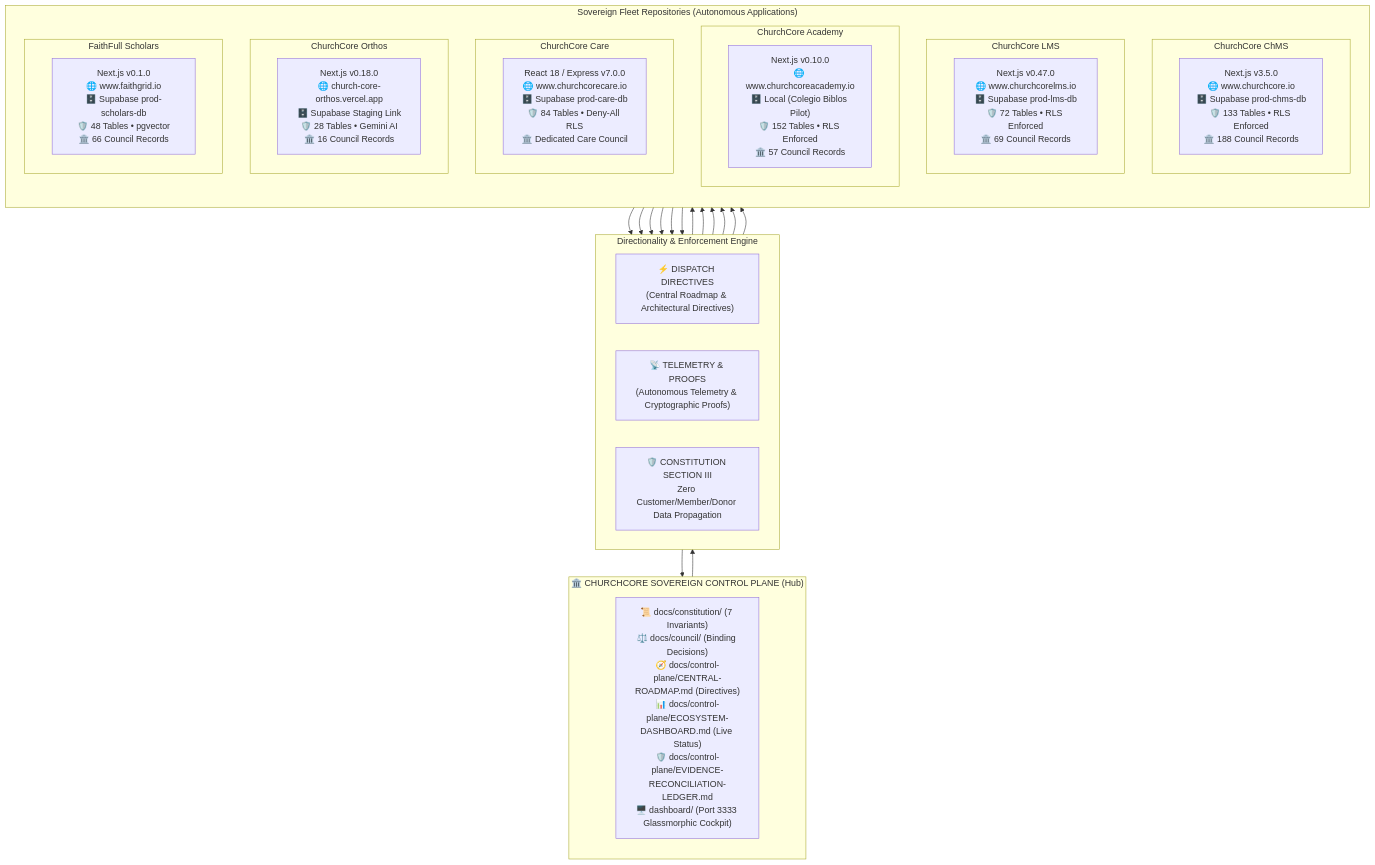
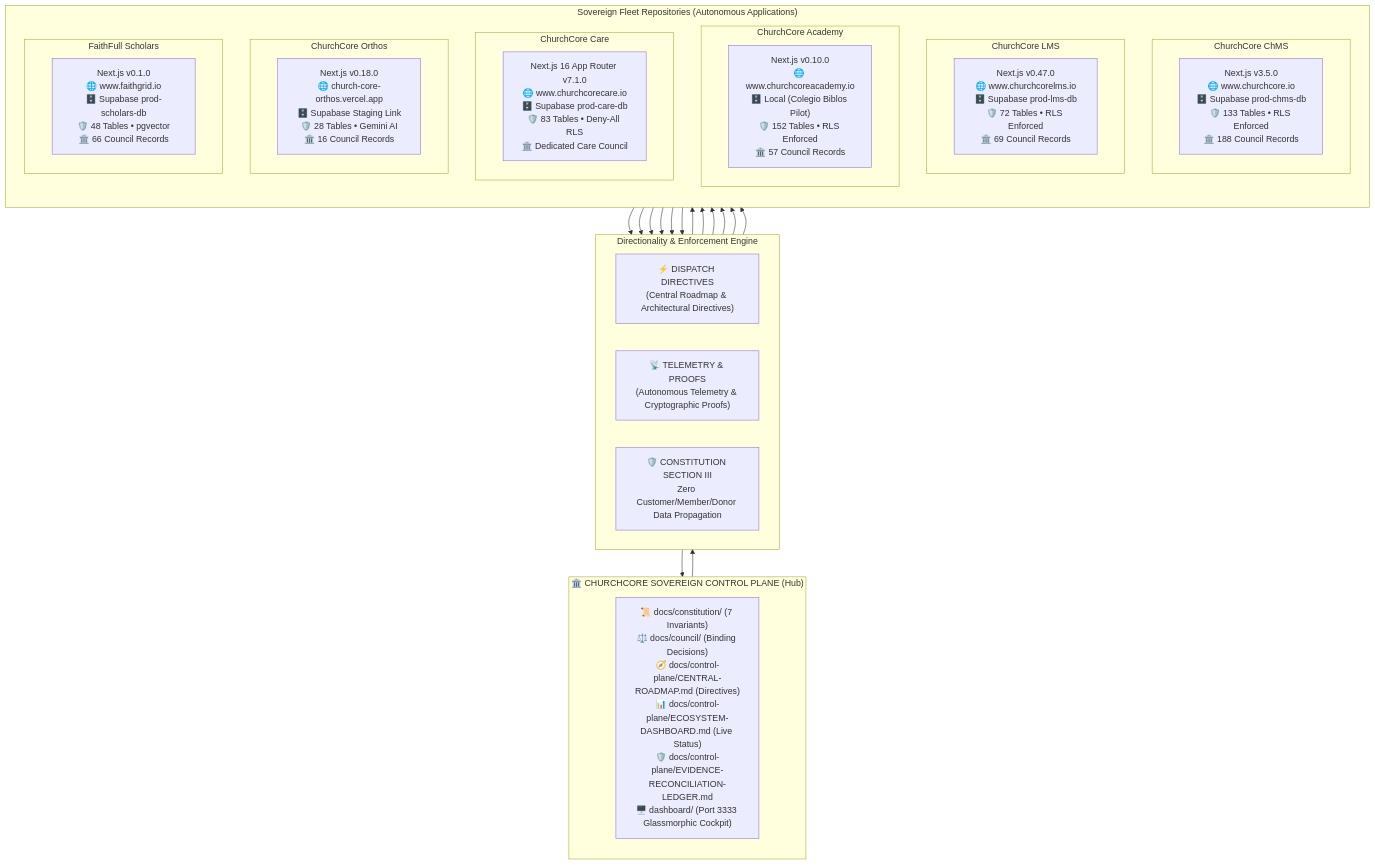
One commit to ricardojjulia/ChurchCore-Business changed the first of 2 diagrams in README.md. Above: the diagram before and after it, drawn with Mermaid. The commit also changed 47 other files, not shown here.

Commit message:
fix(control-plane): synchronize ChurchCore Care Next.js 16 App Router architecture and stack mesh (#18)

````diff
--- a/README.md
+++ b/README.md
@@ -56,42 +56,42 @@
 ```mermaid
 flowchart TD
     subgraph ControlPlane ["🏛️ CHURCHCORE SOVEREIGN CONTROL PLANE (Hub)"]
         direction TB
         CP_CORE["📜 docs/constitution/ (7 Invariants)<br>⚖️ docs/council/ (Binding Decisions)<br>🧭 docs/control-plane/CENTRAL-ROADMAP.md (Directives)<br>📊 docs/control-plane/ECOSYSTEM-DASHBOARD.md (Live Status)<br>🛡️ docs/control-plane/EVIDENCE-RECONCILIATION-LEDGER.md<br>🖥️ dashboard/ (Port 3333 Glassmorphic Cockpit)"]
     end
 
     subgraph DirectionalityMesh ["Directionality & Enforcement Engine"]
         direction LR
         DISPATCH["⚡ DISPATCH DIRECTIVES<br>(Central Roadmap & Architectural Directives)"]
         REPORT["📡 TELEMETRY & PROOFS<br>(Autonomous Telemetry & Cryptographic Proofs)"]
         INVARIANT["🛡️ CONSTITUTION SECTION III<br>Zero Customer/Member/Donor Data Propagation"]
     end
 
     ControlPlane --> DISPATCH
     REPORT --> ControlPlane
 
     subgraph SovereignFleet ["Sovereign Fleet Repositories (Autonomous Applications)"]
         direction TB
         subgraph P1 ["ChurchCore ChMS"]
             C1["Next.js v3.5.0<br>🌐 www.churchcore.io<br>🗄️ Supabase prod-chms-db<br>🛡️ 133 Tables • RLS Enforced<br>🏛️ 188 Council Records"]
         end
         subgraph P2 ["ChurchCore LMS"]
             C2["Next.js v0.47.0<br>🌐 www.churchcorelms.io<br>🗄️ Supabase prod-lms-db<br>🛡️ 72 Tables • RLS Enforced<br>🏛️ 69 Council Records"]
         end
         subgraph P3 ["ChurchCore Academy"]
             C3["Next.js v0.10.0<br>🌐 www.churchcoreacademy.io<br>🗄️ Local (Colegio Biblos Pilot)<br>🛡️ 152 Tables • RLS Enforced<br>🏛️ 57 Council Records"]
         end
         subgraph P4 ["ChurchCore Care"]
-            C4["React 18 / Express v7.0.0<br>🌐 www.churchcorecare.io<br>🗄️ Supabase prod-care-db<br>🛡️ 84 Tables • Deny-All RLS<br>🏛️ Dedicated Care Council"]
+            C4["Next.js 16 App Router v7.1.0<br>🌐 www.churchcorecare.io<br>🗄️ Supabase prod-care-db<br>🛡️ 83 Tables • Deny-All RLS<br>🏛️ Dedicated Care Council"]
         end
         subgraph P5 ["ChurchCore Orthos"]
             C5["Next.js v0.18.0<br>🌐 church-core-orthos.vercel.app<br>🗄️ Supabase Staging Link<br>🛡️ 28 Tables • Gemini AI<br>🏛️ 16 Council Records"]
         end
         subgraph P6 ["FaithFull Scholars"]
             C6["Next.js v0.1.0<br>🌐 www.faithgrid.io<br>🗄️ Supabase prod-scholars-db<br>🛡️ 48 Tables • pgvector<br>🏛️ 66 Council Records"]
         end
     end
 
     DISPATCH --> P1 & P2 & P3 & P4 & P5 & P6
     P1 & P2 & P3 & P4 & P5 & P6 --> REPORT
 ```
````
